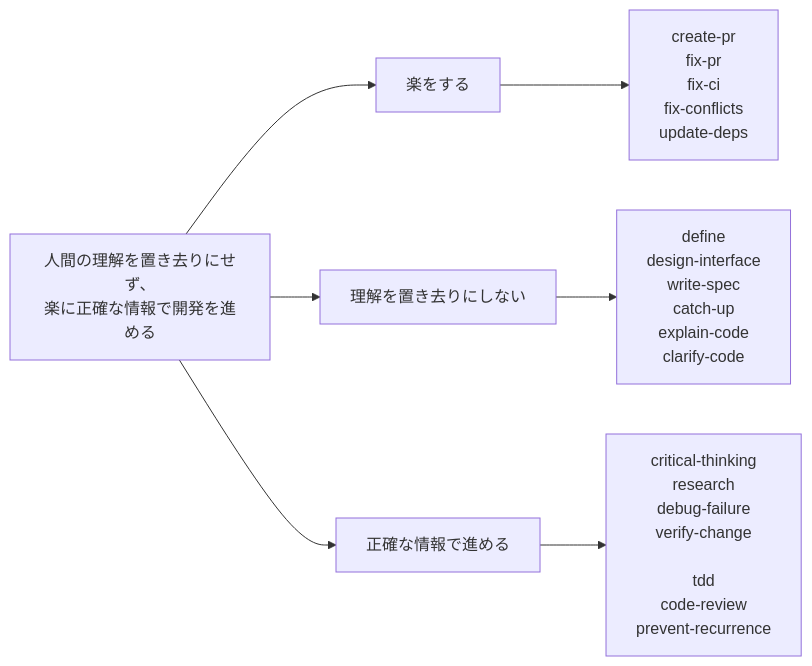
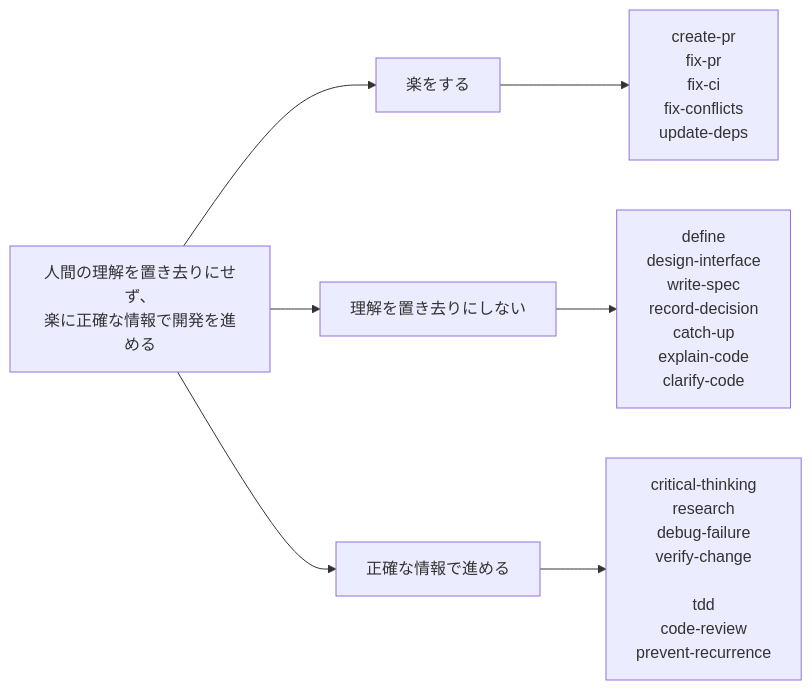
Before and after one commit to tr-yasuda/everything-codex: the diagram in README.md, drawn with Mermaid. The commit also changed other lines of this file and 8 other files, not shown here.

````diff
--- a/README.md
+++ b/README.md
@@ -8,13 +8,14 @@
 ```mermaid
 flowchart LR
   P["人間の理解を置き去りにせず、<br/>楽に正確な情報で開発を進める"]
 
   P --> E["楽をする"]
   P --> U["理解を置き去りにしない"]
   P --> A["正確な情報で進める"]
 
   E --> E1["create-pr<br/>fix-pr<br/>fix-ci<br/>fix-conflicts<br/>update-deps"]
-  U --> U1["define<br/>design-interface<br/>write-spec<br/>catch-up<br/>explain-code<br/>clarify-code"]
+  U --> U1
+  U1["define<br/>design-interface<br/>write-spec<br/>record-decision<br/>catch-up<br/>explain-code<br/>clarify-code"]
   A --> A1["critical-thinking<br/>research<br/>debug-failure<br/>verify-change<br/>
     tdd<br/>code-review<br/>prevent-recurrence"]
 ```
````
